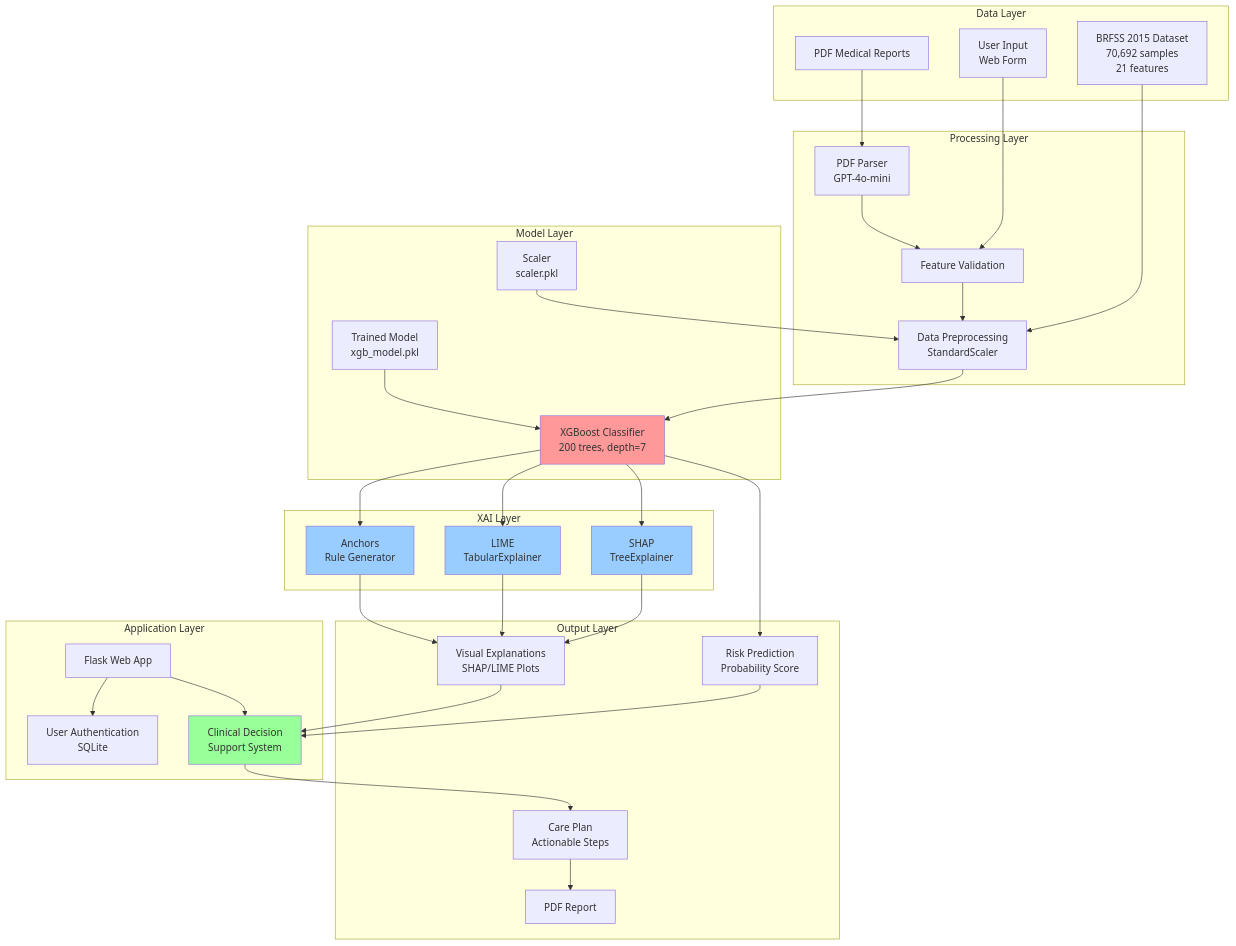
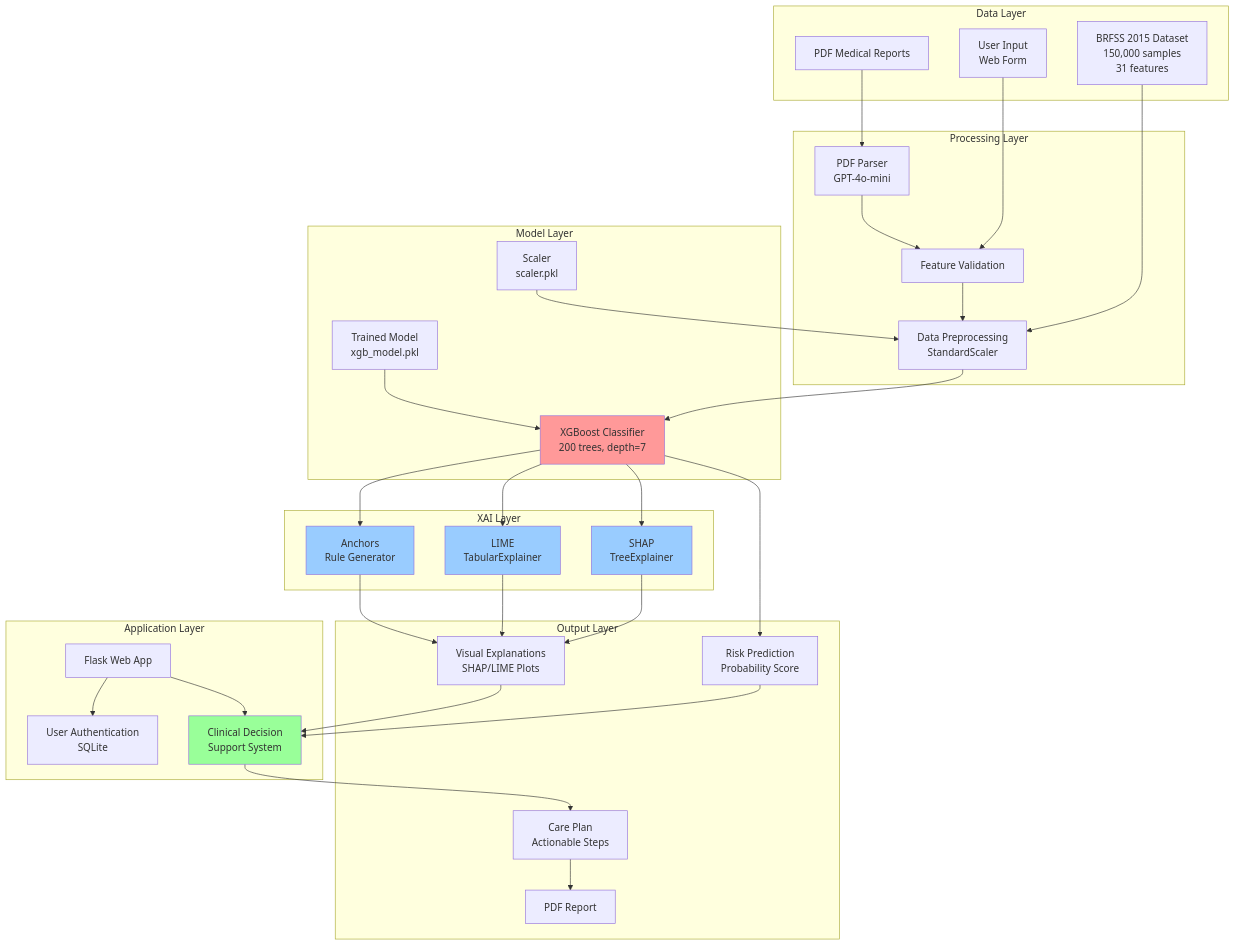
The first of 14 diagrams in NOTES/PROJECT_METHODOLOGY.md (SAMI-CODEAI/Diabeties), drawn with Mermaid before and after one commit. The commit also changed other lines of this file and 22 other files, not shown here.

Commit message:
reasearch,flowchart,notes-update-current version-18/03/2026

````diff
--- a/NOTES/PROJECT_METHODOLOGY.md
+++ b/NOTES/PROJECT_METHODOLOGY.md
@@ -69,67 +69,67 @@
 ```mermaid
 graph TB
     subgraph "Data Layer"
-        A[BRFSS 2015 Dataset<br/>70,692 samples<br/>21 features]
+        A[BRFSS 2015 Dataset<br/>150,000 samples<br/>31 features]
         B[User Input<br/>Web Form]
         C[PDF Medical Reports]
     end
     
     subgraph "Processing Layer"
         D[Data Preprocessing<br/>StandardScaler]
         E[Feature Validation]
         F[PDF Parser<br/>GPT-4o-mini]
     end
     
     subgraph "Model Layer"
         G[XGBoost Classifier<br/>200 trees, depth=7]
         H[Trained Model<br/>xgb_model.pkl]
         I[Scaler<br/>scaler.pkl]
     end
     
     subgraph "XAI Layer"
         J[SHAP<br/>TreeExplainer]
         K[LIME<br/>TabularExplainer]
         L[Anchors<br/>Rule Generator]
     end
     
     subgraph "Application Layer"
         M[Flask Web App]
         N[User Authentication<br/>SQLite]
         O[Clinical Decision<br/>Support System]
     end
     
     subgraph "Output Layer"
         P[Risk Prediction<br/>Probability Score]
         Q[Visual Explanations<br/>SHAP/LIME Plots]
         R[Care Plan<br/>Actionable Steps]
         S[PDF Report]
     end
     
     A --> D
     B --> E
     C --> F
     F --> E
     E --> D
     D --> G
     H --> G
     I --> D
     G --> P
     G --> J
     G --> K
     G --> L
     J --> Q
     K --> Q
     L --> Q
     P --> O
     Q --> O
     O --> R
     M --> N
     M --> O
     R --> S
     
     style G fill:#ff9999
     style J fill:#99ccff
     style K fill:#99ccff
     style L fill:#99ccff
     style O fill:#99ff99
 ```
````
